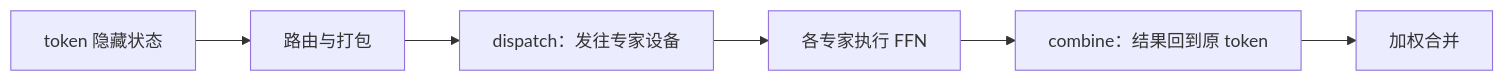
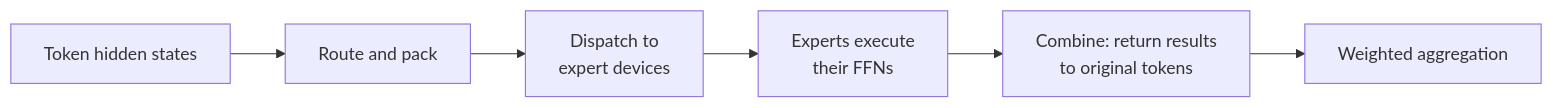
The second of 2 diagrams in docs/llm/03-inference-serving/19-moe.md (oneleaveknowsthefall/awesome-ai-roadmap), drawn with Mermaid before and after one commit. The commit also changed other lines of this file and 92 other files, not shown here.

````diff
--- a/docs/llm/03-inference-serving/19-moe.md
+++ b/docs/llm/03-inference-serving/19-moe.md
@@ -157,8 +157,8 @@
 ```mermaid
 flowchart LR
-    H["token 隐藏状态"] --> ROUTE["路由与打包"]
-    ROUTE --> SEND["dispatch：发往专家设备"]
-    SEND --> FFN["各专家执行 FFN"]
-    FFN --> BACK["combine：结果回到原 token"]
-    BACK --> SUM["加权合并"]
+    H["Token hidden states"] --> ROUTE["Route and pack"]
+    ROUTE --> SEND["Dispatch to<br/>expert devices"]
+    SEND --> FFN["Experts execute<br/>their FFNs"]
+    FFN --> BACK["Combine: return results<br/>to original tokens"]
+    BACK --> SUM["Weighted aggregation"]
 ```
````
